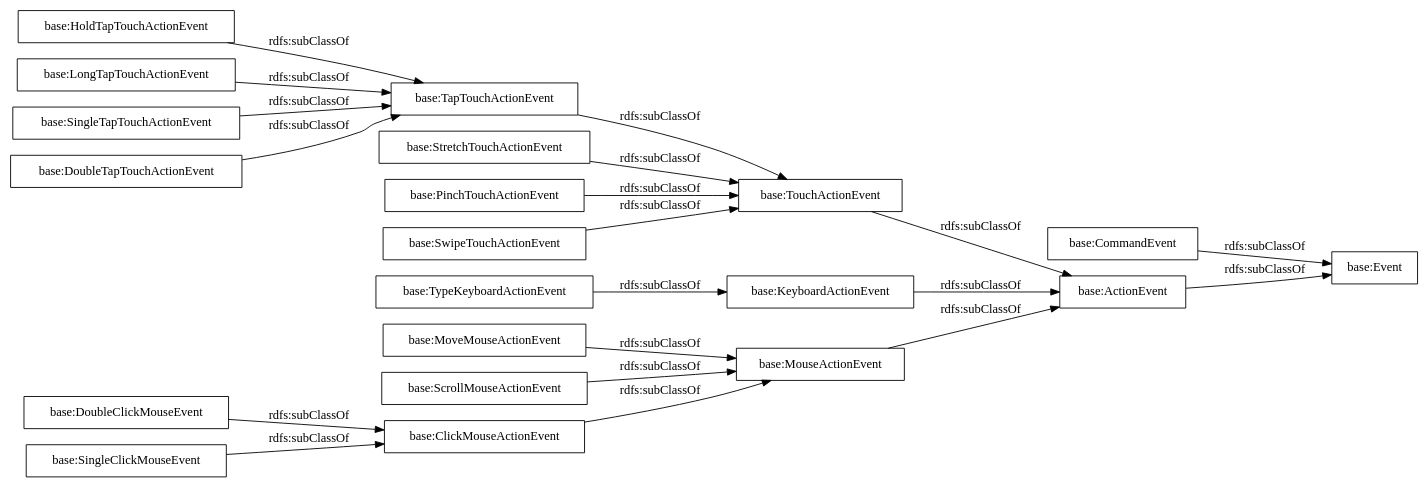
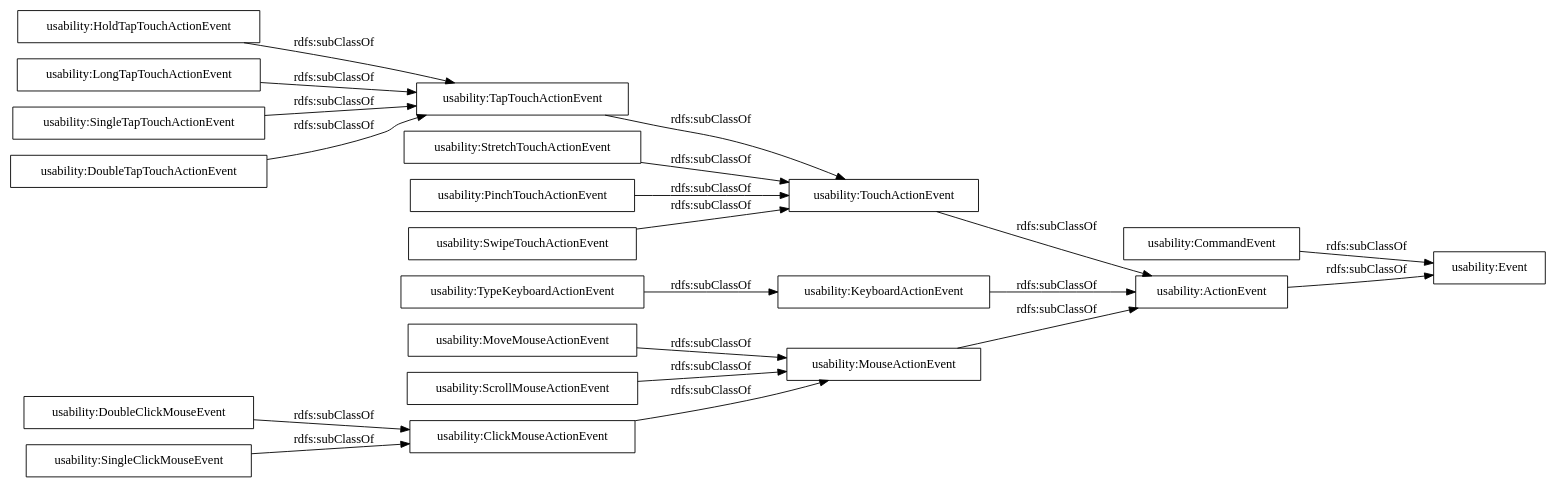
One commit to Renerick/UsabilityOntology changed the diagram in OnToology/UsabilityOntology.rdf/diagrams/ar2dtool-taxonomy/UsabilityOntology.rdf.png.dot. Above: the diagram before and after it, drawn with Graphviz. The commit also changed 6 other files, not shown here.

```diff
--- a/OnToology/UsabilityOntology.rdf/diagrams/ar2dtool-taxonomy/UsabilityOntology.rdf.png.dot
+++ b/OnToology/UsabilityOntology.rdf/diagrams/ar2dtool-taxonomy/UsabilityOntology.rdf.png.dot
@@ -1,25 +1,25 @@
 digraph ar2dtool_diagram { 
 rankdir=LR;
 size="1000"
-node [shape = rectangle, color="black"]; "base:ClickMouseActionEvent" "base:HoldTapTouchActionEvent" "base:MouseActionEvent" "base:LongTapTouchActionEvent" "base:MoveMouseActionEvent" "base:Event" "base:TapTouchActionEvent" "base:DoubleClickMouseEvent" "base:SingleTapTouchActionEvent" "base:ActionEvent" "base:CommandEvent" "base:DoubleTapTouchActionEvent" "base:TouchActionEvent" "base:StretchTouchActionEvent" "base:TypeKeyboardActionEvent" "base:PinchTouchActionEvent" "base:KeyboardActionEvent" "base:SingleClickMouseEvent" "base:SwipeTouchActionEvent" "base:ScrollMouseActionEvent" ; /*classes style*/
-	"base:SingleTapTouchActionEvent" -> "base:TapTouchActionEvent" [ label = "rdfs:subClassOf" ];
-	"base:ActionEvent" -> "base:Event" [ label = "rdfs:subClassOf" ];
-	"base:TapTouchActionEvent" -> "base:TouchActionEvent" [ label = "rdfs:subClassOf" ];
-	"base:DoubleClickMouseEvent" -> "base:ClickMouseActionEvent" [ label = "rdfs:subClassOf" ];
-	"base:CommandEvent" -> "base:Event" [ label = "rdfs:subClassOf" ];
-	"base:TypeKeyboardActionEvent" -> "base:KeyboardActionEvent" [ label = "rdfs:subClassOf" ];
-	"base:TouchActionEvent" -> "base:ActionEvent" [ label = "rdfs:subClassOf" ];
-	"base:MoveMouseActionEvent" -> "base:MouseActionEvent" [ label = "rdfs:subClassOf" ];
-	"base:HoldTapTouchActionEvent" -> "base:TapTouchActionEvent" [ label = "rdfs:subClassOf" ];
-	"base:ScrollMouseActionEvent" -> "base:MouseActionEvent" [ label = "rdfs:subClassOf" ];
-	"base:DoubleTapTouchActionEvent" -> "base:TapTouchActionEvent" [ label = "rdfs:subClassOf" ];
-	"base:PinchTouchActionEvent" -> "base:TouchActionEvent" [ label = "rdfs:subClassOf" ];
-	"base:SingleClickMouseEvent" -> "base:ClickMouseActionEvent" [ label = "rdfs:subClassOf" ];
-	"base:LongTapTouchActionEvent" -> "base:TapTouchActionEvent" [ label = "rdfs:subClassOf" ];
-	"base:SwipeTouchActionEvent" -> "base:TouchActionEvent" [ label = "rdfs:subClassOf" ];
-	"base:KeyboardActionEvent" -> "base:ActionEvent" [ label = "rdfs:subClassOf" ];
-	"base:StretchTouchActionEvent" -> "base:TouchActionEvent" [ label = "rdfs:subClassOf" ];
-	"base:ClickMouseActionEvent" -> "base:MouseActionEvent" [ label = "rdfs:subClassOf" ];
-	"base:MouseActionEvent" -> "base:ActionEvent" [ label = "rdfs:subClassOf" ];
+node [shape = rectangle, color="black"]; "usability:ClickMouseActionEvent" "usability:HoldTapTouchActionEvent" "usability:MouseActionEvent" "usability:LongTapTouchActionEvent" "usability:MoveMouseActionEvent" "usability:Event" "usability:TapTouchActionEvent" "usability:DoubleClickMouseEvent" "usability:SingleTapTouchActionEvent" "usability:ActionEvent" "usability:CommandEvent" "usability:DoubleTapTouchActionEvent" "usability:TouchActionEvent" "usability:StretchTouchActionEvent" "usability:TypeKeyboardActionEvent" "usability:PinchTouchActionEvent" "usability:KeyboardActionEvent" "usability:SingleClickMouseEvent" "usability:SwipeTouchActionEvent" "usability:ScrollMouseActionEvent" ; /*classes style*/
+	"usability:SingleTapTouchActionEvent" -> "usability:TapTouchActionEvent" [ label = "rdfs:subClassOf" ];
+	"usability:ActionEvent" -> "usability:Event" [ label = "rdfs:subClassOf" ];
+	"usability:TapTouchActionEvent" -> "usability:TouchActionEvent" [ label = "rdfs:subClassOf" ];
+	"usability:DoubleClickMouseEvent" -> "usability:ClickMouseActionEvent" [ label = "rdfs:subClassOf" ];
+	"usability:CommandEvent" -> "usability:Event" [ label = "rdfs:subClassOf" ];
+	"usability:TypeKeyboardActionEvent" -> "usability:KeyboardActionEvent" [ label = "rdfs:subClassOf" ];
+	"usability:TouchActionEvent" -> "usability:ActionEvent" [ label = "rdfs:subClassOf" ];
+	"usability:MoveMouseActionEvent" -> "usability:MouseActionEvent" [ label = "rdfs:subClassOf" ];
+	"usability:HoldTapTouchActionEvent" -> "usability:TapTouchActionEvent" [ label = "rdfs:subClassOf" ];
+	"usability:ScrollMouseActionEvent" -> "usability:MouseActionEvent" [ label = "rdfs:subClassOf" ];
+	"usability:DoubleTapTouchActionEvent" -> "usability:TapTouchActionEvent" [ label = "rdfs:subClassOf" ];
+	"usability:PinchTouchActionEvent" -> "usability:TouchActionEvent" [ label = "rdfs:subClassOf" ];
+	"usability:SingleClickMouseEvent" -> "usability:ClickMouseActionEvent" [ label = "rdfs:subClassOf" ];
+	"usability:LongTapTouchActionEvent" -> "usability:TapTouchActionEvent" [ label = "rdfs:subClassOf" ];
+	"usability:SwipeTouchActionEvent" -> "usability:TouchActionEvent" [ label = "rdfs:subClassOf" ];
+	"usability:KeyboardActionEvent" -> "usability:ActionEvent" [ label = "rdfs:subClassOf" ];
+	"usability:StretchTouchActionEvent" -> "usability:TouchActionEvent" [ label = "rdfs:subClassOf" ];
+	"usability:ClickMouseActionEvent" -> "usability:MouseActionEvent" [ label = "rdfs:subClassOf" ];
+	"usability:MouseActionEvent" -> "usability:ActionEvent" [ label = "rdfs:subClassOf" ];
 
 }
```
